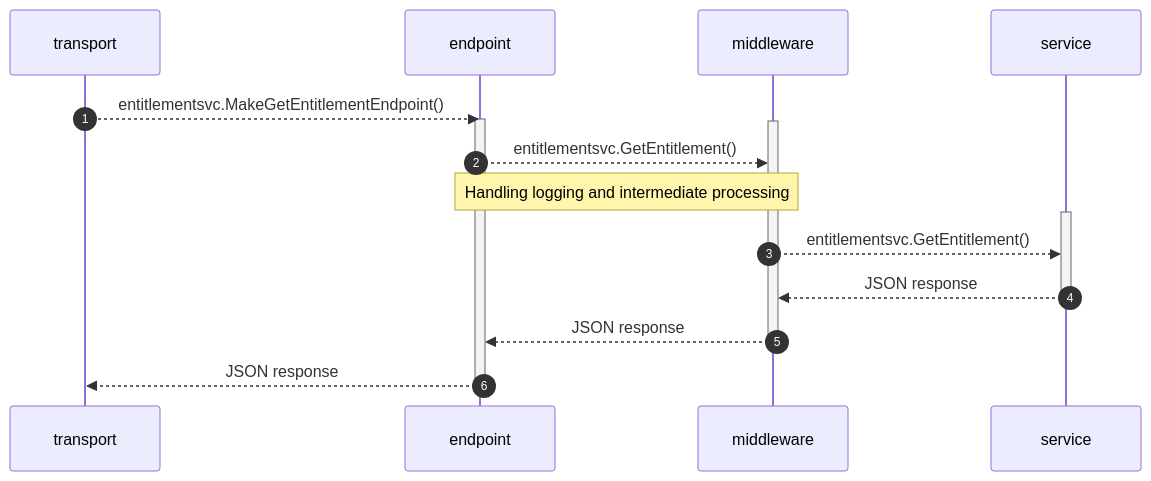
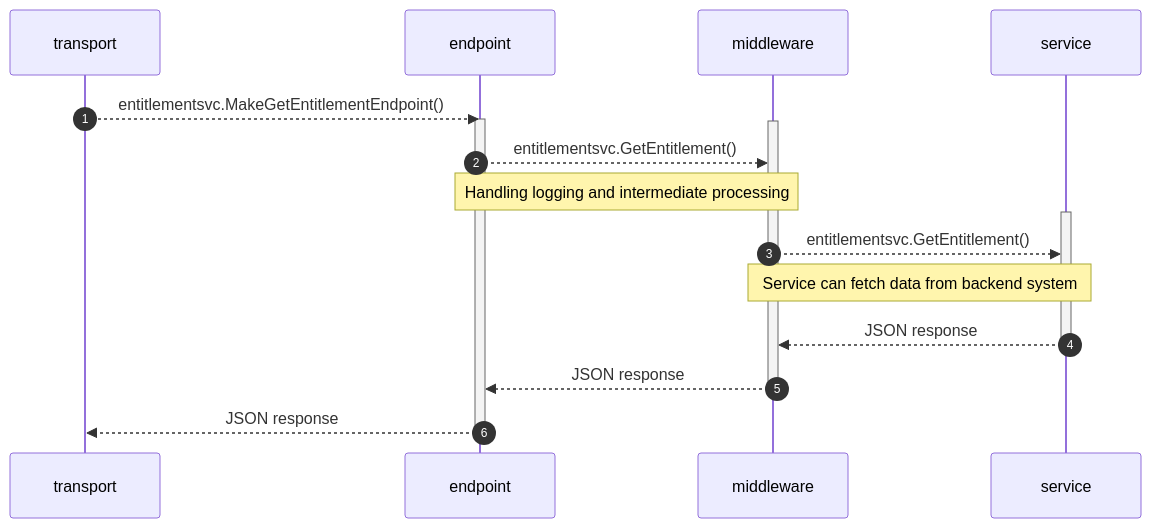
One commit to ankurkumarz/golang-gokit-service-blueprint changed the diagram in README.md. Above: the diagram before and after it, drawn with Mermaid.

````diff
--- a/README.md
+++ b/README.md
@@ -24,21 +24,23 @@
 ```mermaid
 sequenceDiagram
     autonumber
     transport-->>endpoint: entitlementsvc.MakeGetEntitlementEndpoint()
     activate endpoint
 
     activate middleware
     endpoint-->>middleware: entitlementsvc.GetEntitlement()
     Note over endpoint,middleware: Handling logging and intermediate processing
 
     activate service
     middleware-->>service: entitlementsvc.GetEntitlement()
+    Note over middleware,service: Service can fetch data from backend system
+
     service-->>middleware: JSON response
     deactivate service
 
     middleware-->>endpoint: JSON response
     deactivate middleware
 
     endpoint-->>transport: JSON response
     deactivate endpoint
 ```
````
